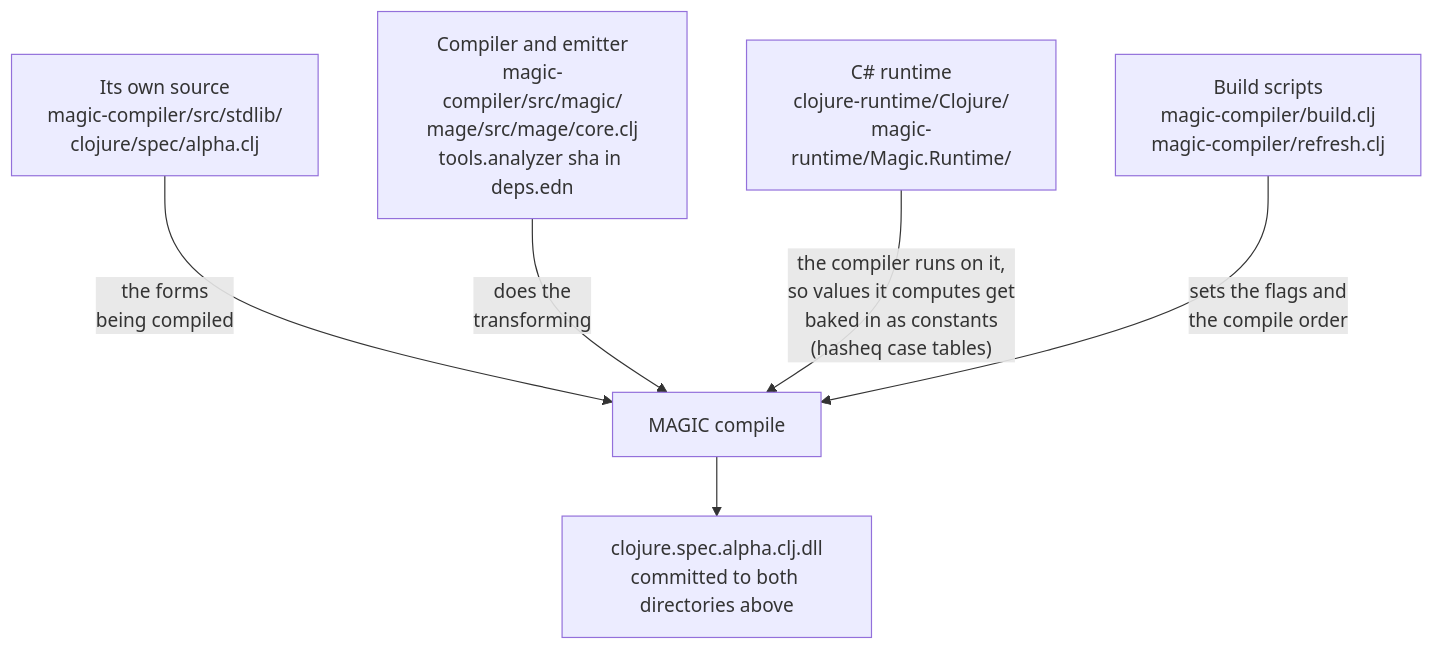
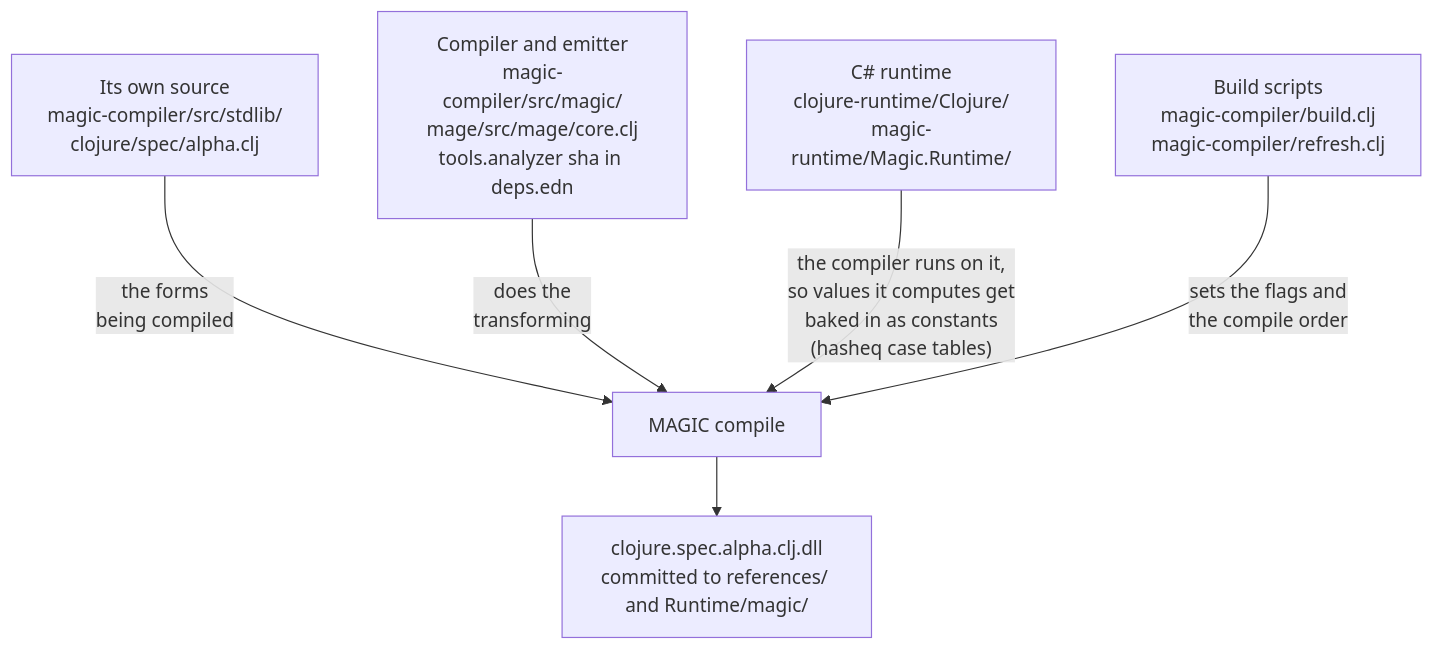
Before and after one commit to flybot-sg/magic: the first of 5 diagrams in docs/deterministic-compilation.md, drawn with Mermaid. The commit also changed other lines of this file and 18 other files, not shown here.

First line of the commit message:
feat(magic-unity): ship the compiler as an Editor-only DLL set under Editor/Compiler (#202)

````diff
--- a/docs/deterministic-compilation.md
+++ b/docs/deterministic-compilation.md
@@ -23,12 +23,12 @@
 ```mermaid
 flowchart TD
     src["Its own source<br/>magic-compiler/src/stdlib/<br/>clojure/spec/alpha.clj"]
     cmp["Compiler and emitter<br/>magic-compiler/src/magic/<br/>mage/src/mage/core.clj<br/>tools.analyzer sha in deps.edn"]
     rt["C# runtime<br/>clojure-runtime/Clojure/<br/>magic-runtime/Magic.Runtime/"]
     drv["Build scripts<br/>magic-compiler/build.clj<br/>magic-compiler/refresh.clj"]
     src -->|"the forms<br/>being compiled"| compile["MAGIC compile"]
     cmp -->|"does the<br/>transforming"| compile
     rt -->|"the compiler runs on it,<br/>so values it computes get<br/>baked in as constants<br/>(hasheq case tables)"| compile
     drv -->|"sets the flags and<br/>the compile order"| compile
-    compile --> dll["clojure.spec.alpha.clj.dll<br/>committed to both directories above"]
+    compile --> dll["clojure.spec.alpha.clj.dll<br/>committed to references/ and Runtime/magic/"]
 ```
````
